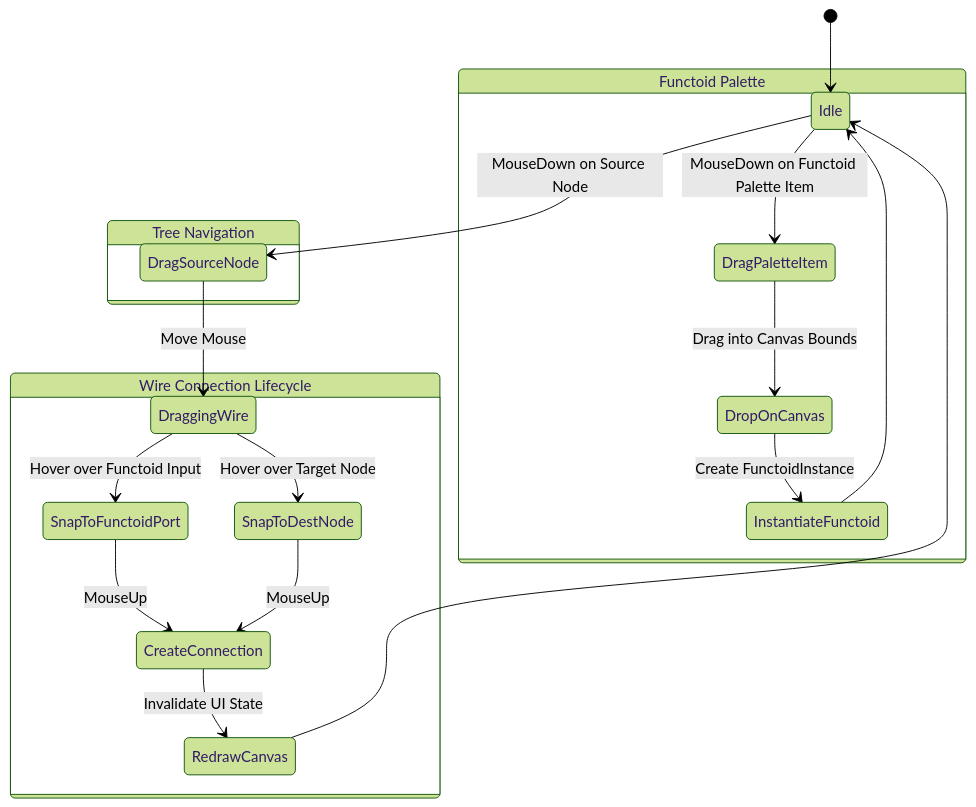
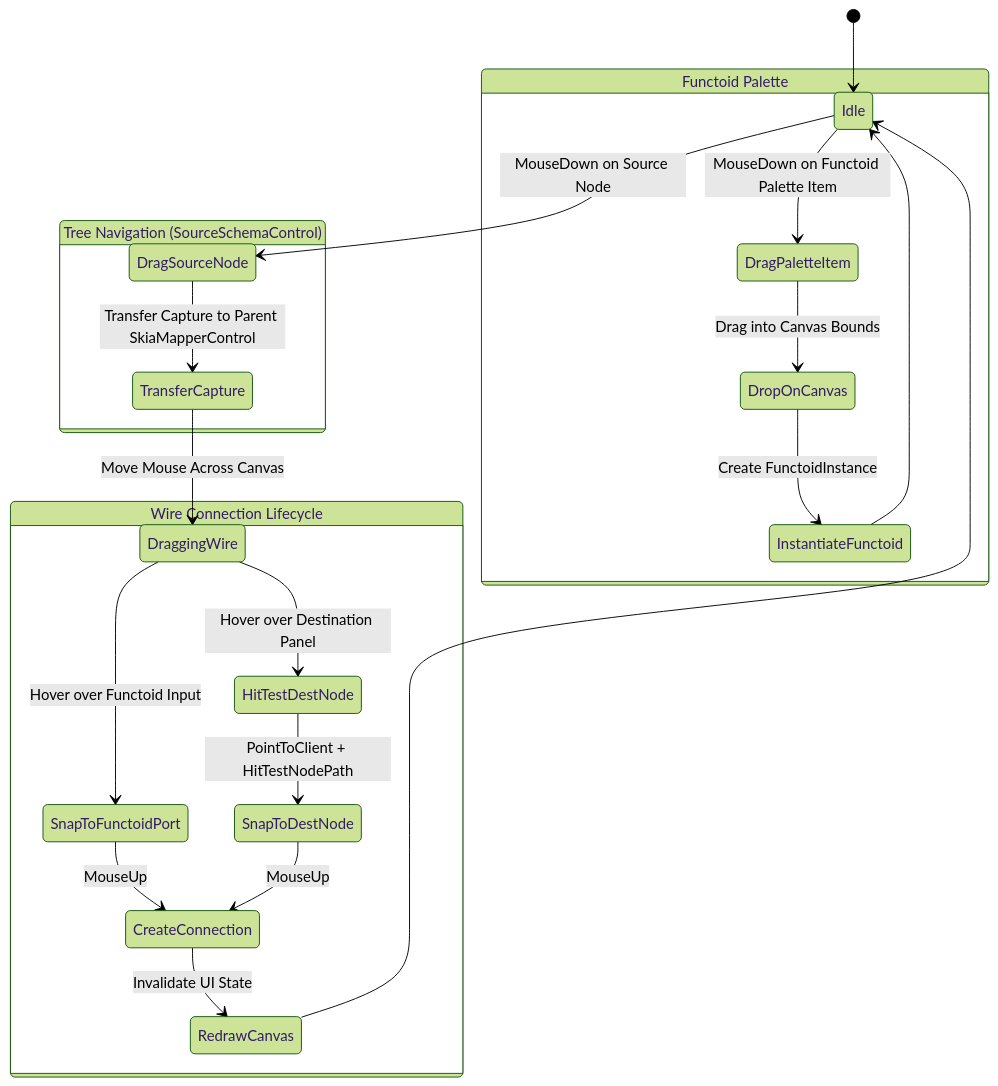
Before and after one commit to apeiris/SkiaMapper: the third of 3 diagrams in README.MD, drawn with Mermaid (forest theme). The commit also changed other lines of this file and 5 other files, not shown here.

````diff
--- a/README.MD
+++ b/README.MD
@@ -133,26 +143,28 @@
 ```mermaid
 stateDiagram-v2
     [*] --> Idle
 
-    state "Tree Navigation" as Tree {
+    state "Tree Navigation (SourceSchemaControl)" as Tree {
         Idle --> DragSourceNode: MouseDown on Source Node
-        DragSourceNode --> DraggingWire: Move Mouse
+        DragSourceNode --> TransferCapture: Transfer Capture to Parent SkiaMapperControl
+        TransferCapture --> DraggingWire: Move Mouse Across Canvas
     }
 
     state "Functoid Palette" as PaletteState {
         Idle --> DragPaletteItem: MouseDown on Functoid Palette Item
         DragPaletteItem --> DropOnCanvas: Drag into Canvas Bounds
         DropOnCanvas --> InstantiateFunctoid: Create FunctoidInstance
     }
 
     state "Wire Connection Lifecycle" as Wire {
         DraggingWire --> SnapToFunctoidPort: Hover over Functoid Input
-        DraggingWire --> SnapToDestNode: Hover over Target Node
+        DraggingWire --> HitTestDestNode: Hover over Destination Panel
+        HitTestDestNode --> SnapToDestNode: PointToClient + HitTestNodePath
         SnapToFunctoidPort --> CreateConnection: MouseUp
         SnapToDestNode --> CreateConnection: MouseUp
         CreateConnection --> RedrawCanvas: Invalidate UI State
     }
 
     InstantiateFunctoid --> Idle
     RedrawCanvas --> Idle
 ```
````
